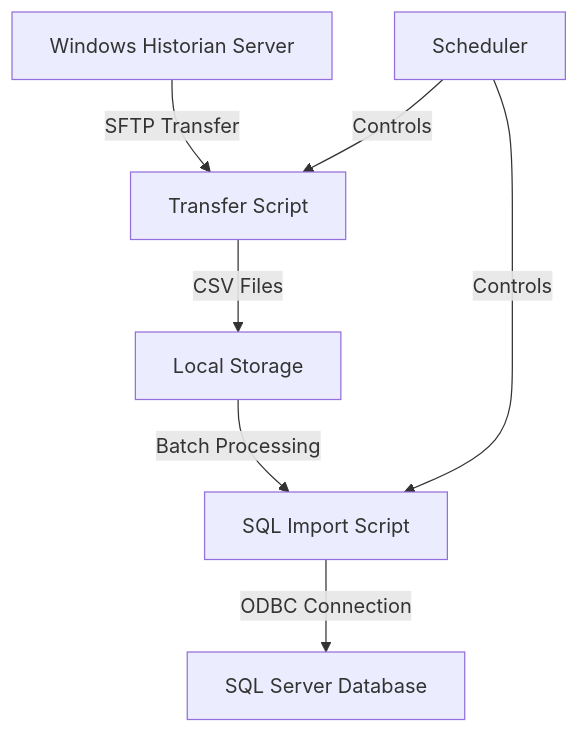
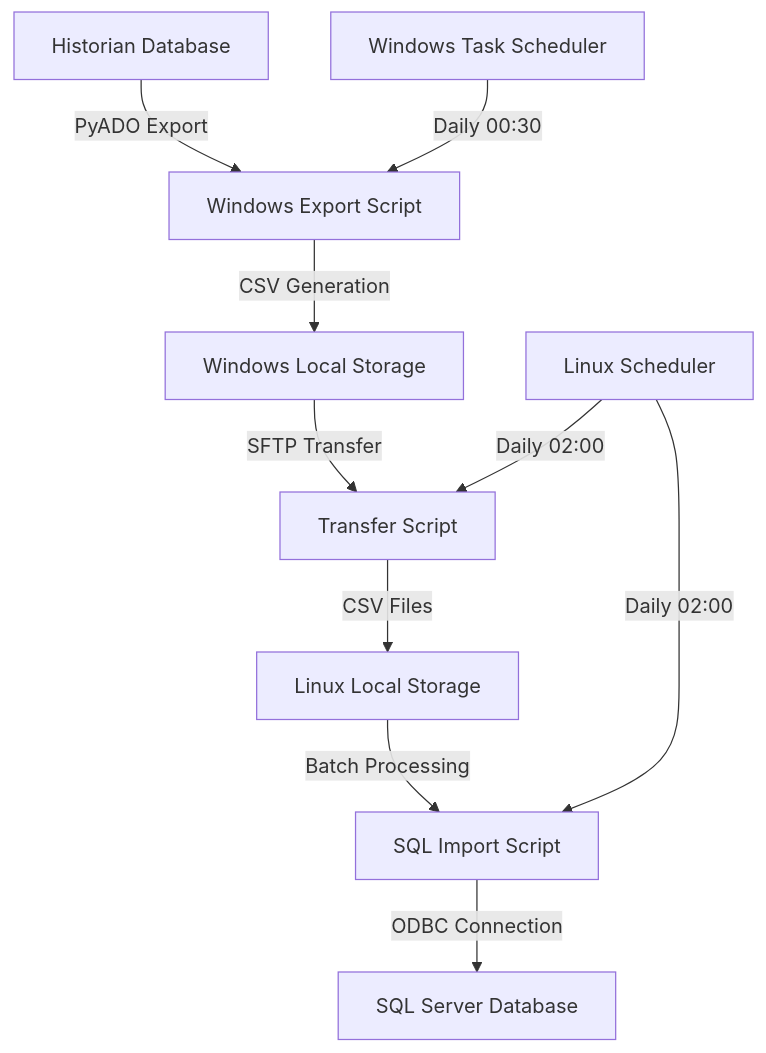
Before and after one commit to MarcRamonMoreno/Historian-etl: the diagram in readme.md, drawn with Mermaid. The commit also changed other lines of this file, not shown here.

````diff
--- a/readme.md
+++ b/readme.md
@@ -18,9 +19,12 @@
 ```mermaid
 graph TD
-    A[Windows Historian Server] -->|SFTP Transfer| B[Transfer Script]
-    B -->|CSV Files| C[Local Storage]
-    C -->|Batch Processing| D[SQL Import Script]
-    D -->|ODBC Connection| E[SQL Server Database]
-    F[Scheduler] -->|Controls| B
-    F -->|Controls| D
+    A[Historian Database] -->|PyADO Export| B[Windows Export Script]
+    B -->|CSV Generation| C[Windows Local Storage]
+    C -->|SFTP Transfer| D[Transfer Script]
+    D -->|CSV Files| E[Linux Local Storage]
+    E -->|Batch Processing| F[SQL Import Script]
+    F -->|ODBC Connection| G[SQL Server Database]
+    H[Windows Task Scheduler] -->|Daily 00:30| B
+    I[Linux Scheduler] -->|Daily 02:00| D
+    I -->|Daily 02:00| F
 ```
````
